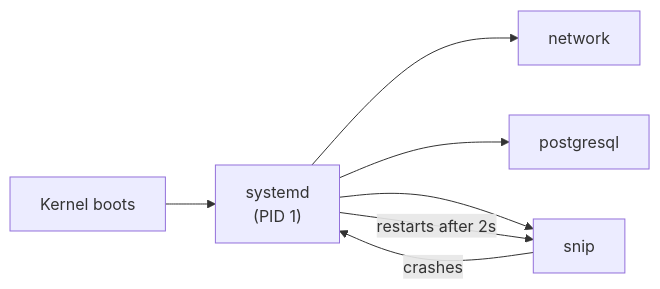
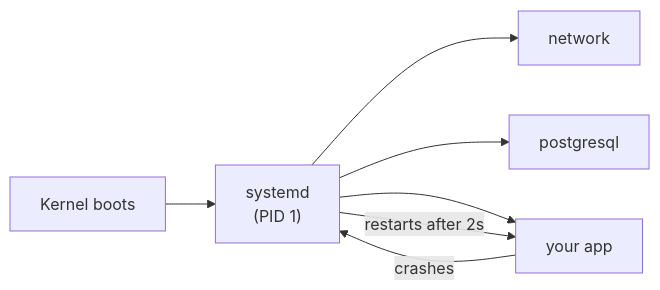
The diagram in docs/linux/running-a-linux-server.mdx (jawwadzafar/zero-to-prod), drawn with Mermaid before and after one commit. The commit also changed other lines of this file, not shown here.

Commit message:
docs: 2.5 teaches systemd and journald on a standalone hello-web service (write the unit, crash it, watch it restart, read the journal); snip's unit file moves to 'Apply it to snip'

````diff
--- a/docs/linux/running-a-linux-server.mdx
+++ b/docs/linux/running-a-linux-server.mdx
@@ -49,9 +53,9 @@
 ```mermaid
 flowchart LR
     K["Kernel boots"] --> S["systemd<br/>(PID 1)"]
     S --> N["network"]
     S --> P["postgresql"]
-    S --> SN["snip"]
-    SN -->|"crashes"| S
-    S -->|"restarts after 2s"| SN
+    S --> A["your app"]
+    A -->|"crashes"| S
+    S -->|"restarts after 2s"| A
 ```
````
